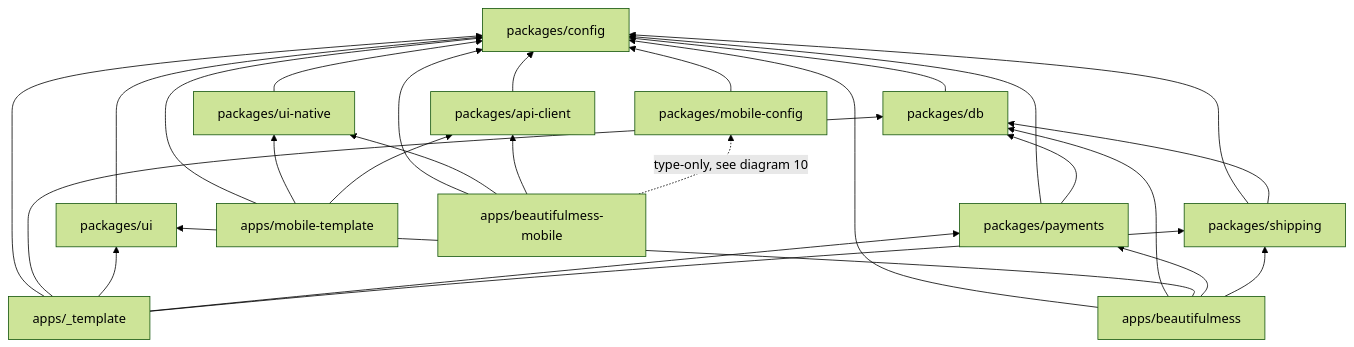
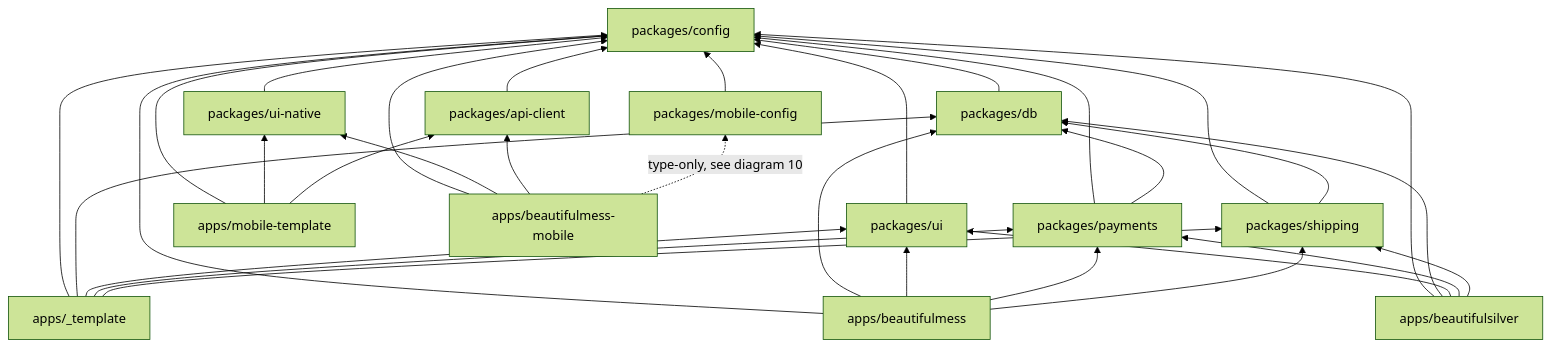
The second of 12 diagrams in docs/architecture.md (beautifulforceOrg/beautifulforce), drawn with Mermaid (forest theme) before and after one commit. The commit also changed other lines of this file and 34 other files, not shown here.

````diff
--- a/docs/architecture.md
+++ b/docs/architecture.md
@@ -62,42 +62,48 @@
 ```mermaid
 graph BT
   config["packages/config"]
   db["packages/db"]
   ui["packages/ui"]
   uinative["packages/ui-native"]
   apiclient["packages/api-client"]
   mobileconfig["packages/mobile-config"]
   payments["packages/payments"]
   shipping["packages/shipping"]
   template["apps/_template"]
   beautifulmess["apps/beautifulmess"]
+  beautifulsilver["apps/beautifulsilver"]
   mobiletemplate["apps/mobile-template"]
   beautifulmessmobile["apps/beautifulmess-mobile"]
 
   db --> config
   ui --> config
   uinative --> config
   apiclient --> config
   mobileconfig --> config
   payments --> config
   payments --> db
   shipping --> config
   shipping --> db
   template --> config
   template --> db
   template --> ui
   template --> payments
   template --> shipping
   beautifulmess --> config
   beautifulmess --> db
   beautifulmess --> ui
   beautifulmess --> payments
   beautifulmess --> shipping
+  beautifulsilver --> config
+  beautifulsilver --> db
+  beautifulsilver --> ui
+  beautifulsilver --> payments
+  beautifulsilver --> shipping
   mobiletemplate --> config
   mobiletemplate --> uinative
   mobiletemplate --> apiclient
   beautifulmessmobile --> config
   beautifulmessmobile --> uinative
   beautifulmessmobile --> apiclient
   beautifulmessmobile -.type-only, see diagram 10.-> mobileconfig
 ```
````
